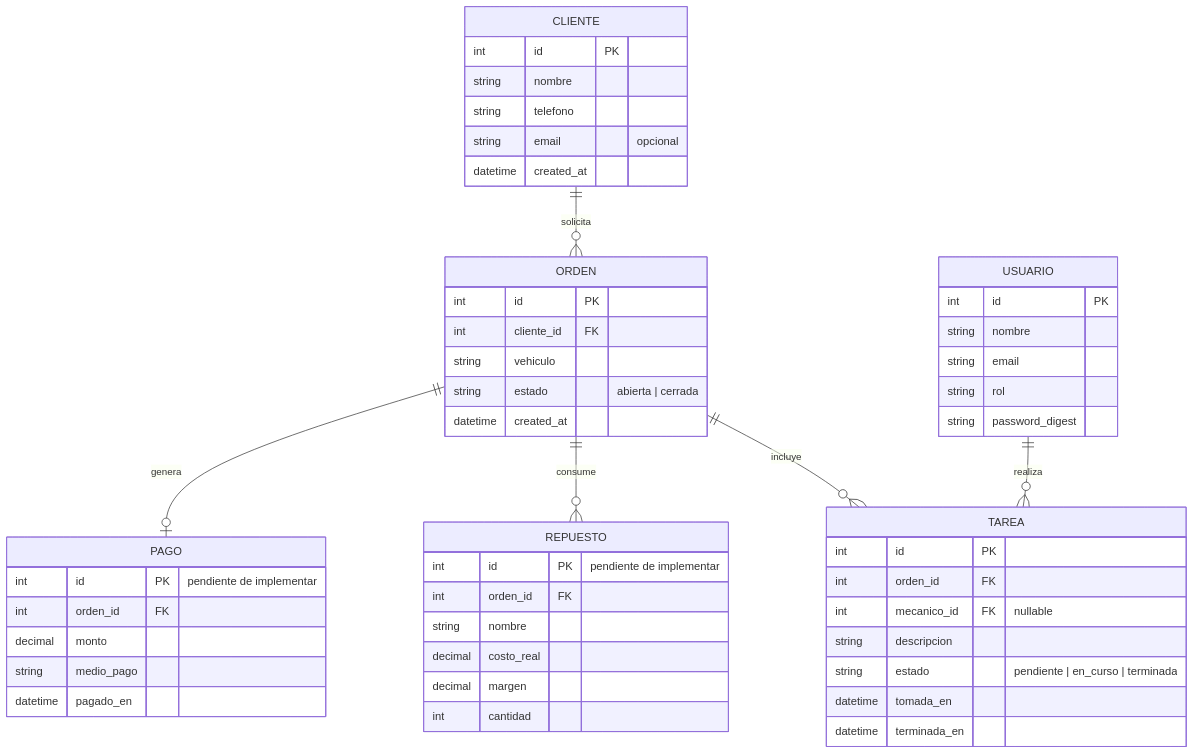
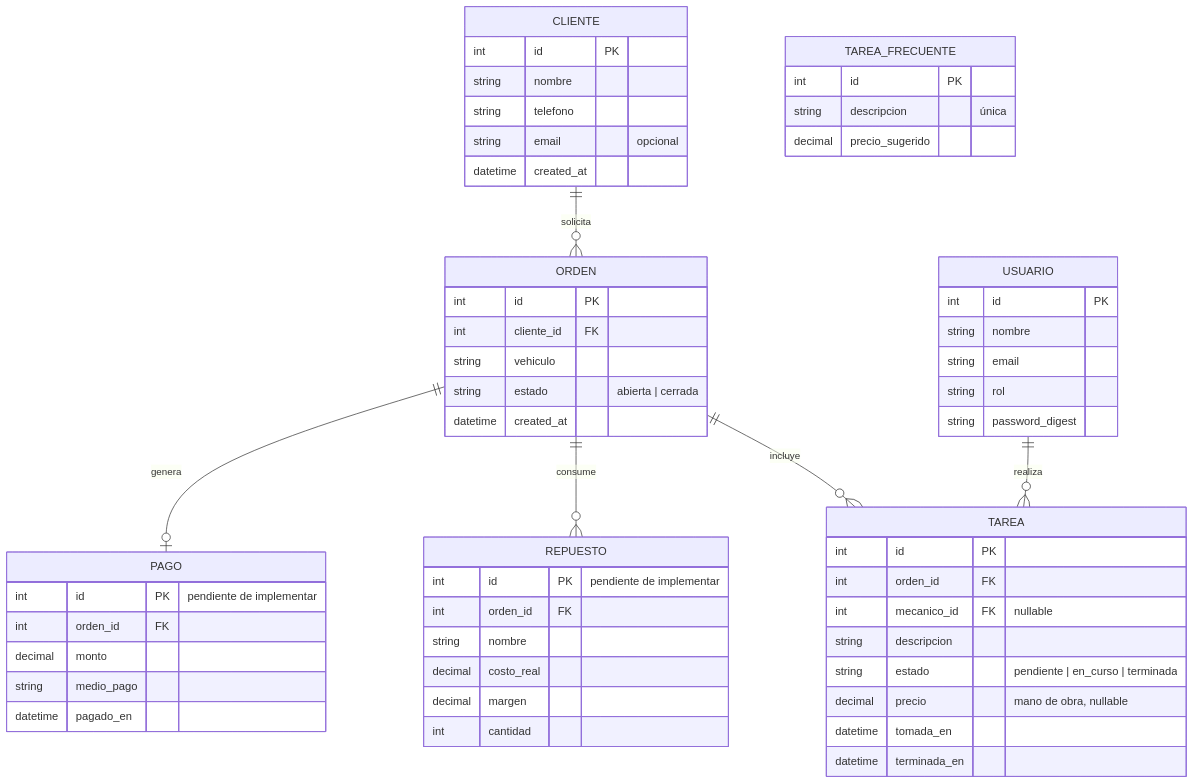
One commit to MartinSimon08/MetodologiasAgiles changed the diagram in docs/modelo-datos.md. Above: the diagram before and after it, drawn with Mermaid. The commit also changed other lines of this file and 27 other files, not shown here.

Commit message:
feat(tareas): agregar catálogo de tareas frecuentes con precio sugerido

````diff
--- a/docs/modelo-datos.md
+++ b/docs/modelo-datos.md
@@ -5,59 +7,66 @@
 ```mermaid
 erDiagram
     CLIENTE ||--o{ ORDEN : solicita
     ORDEN ||--o{ TAREA : incluye
     USUARIO ||--o{ TAREA : realiza
     ORDEN ||--o{ REPUESTO : consume
     ORDEN ||--o| PAGO : genera
 
     CLIENTE {
         int id PK
         string nombre
         string telefono
         string email "opcional"
         datetime created_at
     }
 
     USUARIO {
         int id PK
         string nombre
         string email
         string rol
         string password_digest
     }
 
     ORDEN {
         int id PK
         int cliente_id FK
         string vehiculo
         string estado "abierta | cerrada"
         datetime created_at
     }
 
     TAREA {
         int id PK
         int orden_id FK
         int mecanico_id FK "nullable"
         string descripcion
         string estado "pendiente | en_curso | terminada"
+        decimal precio "mano de obra, nullable"
         datetime tomada_en
         datetime terminada_en
+    }
+
+    TAREA_FRECUENTE {
+        int id PK
+        string descripcion "única"
+        decimal precio_sugerido
     }
 
     REPUESTO {
         int id PK "pendiente de implementar"
         int orden_id FK
         string nombre
         decimal costo_real
         decimal margen
         int cantidad
     }
 
     PAGO {
         int id PK "pendiente de implementar"
         int orden_id FK
         decimal monto
         string medio_pago
         datetime pagado_en
     }
 ```
````
